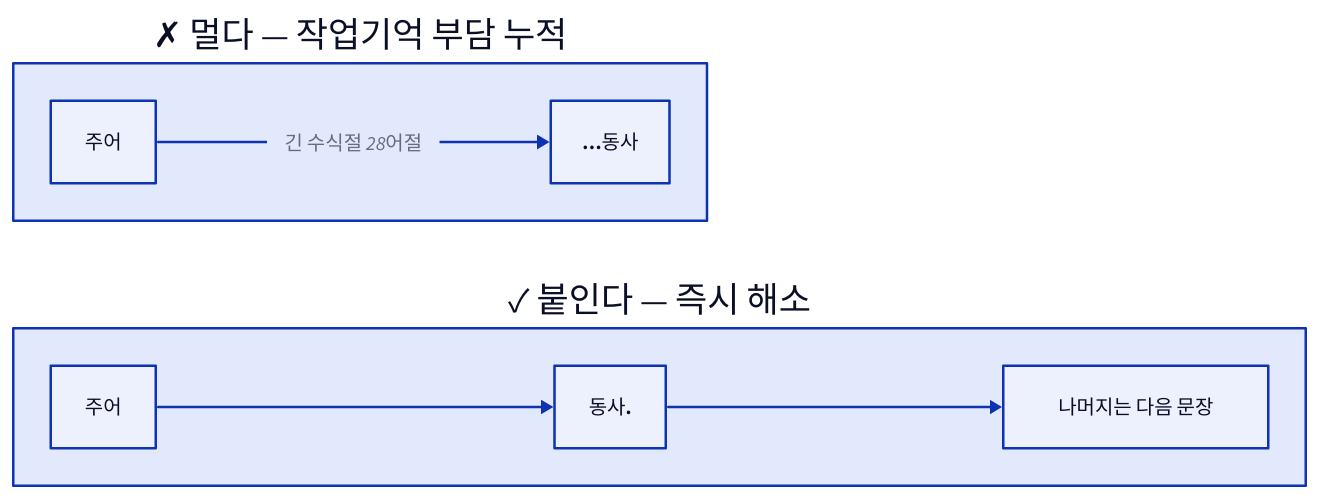
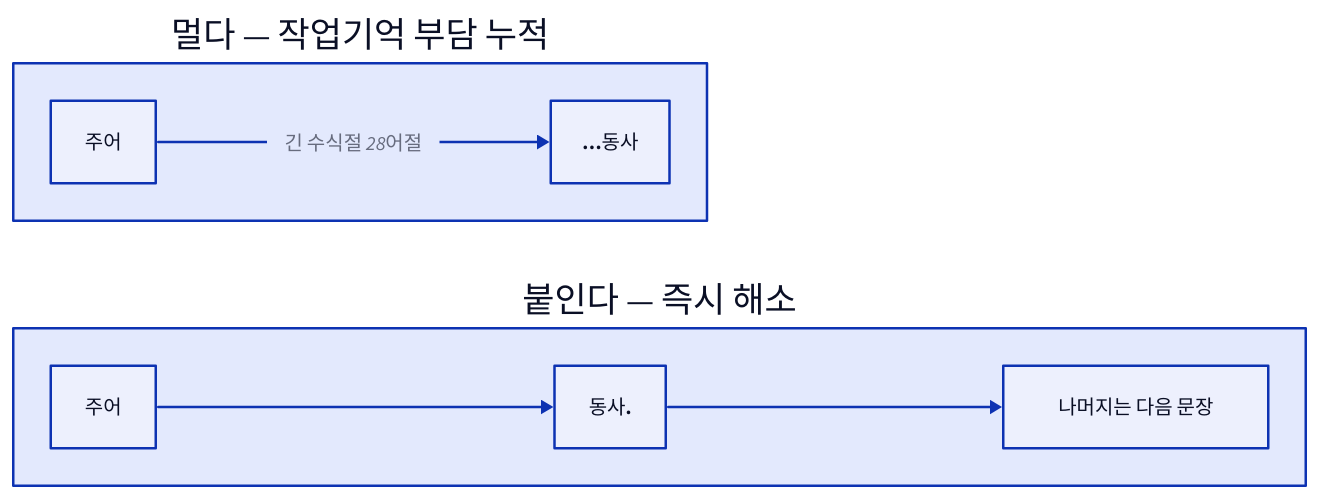
The first of 2 diagrams in content/readable-writing.md (IndiaInk10/nobodxyz-brain), drawn with D2 before and after one commit. The commit also changed other lines of this file and 11 other files, not shown here.

````diff
--- a/content/readable-writing.md
+++ b/content/readable-writing.md
@@ -37,16 +37,16 @@
 ```d2
 direction: right
-bad: "✗ 멀다 — 작업기억 부담 누적" {
+bad: "멀다 — 작업기억 부담 누적" {
   direction: down
   s: "주어" { class: bad }
   v: "…동사" { class: bad }
   s -> v: "긴 수식절 28어절"
 }
-good: "✓ 붙인다 — 즉시 해소" {
+good: "붙인다 — 즉시 해소" {
   direction: down
   s: "주어" { class: good }
   v: "동사." { class: good }
   n: "나머지는 다음 문장" { class: good }
   s -> v -> n
 }
 ```
````
